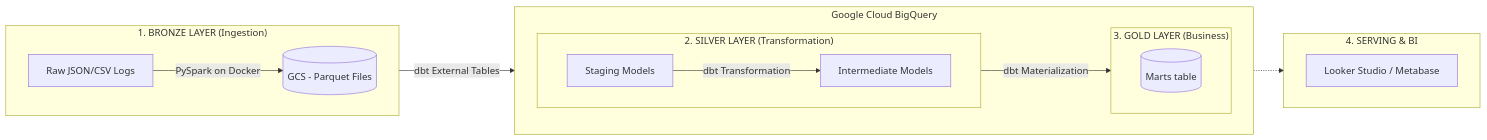
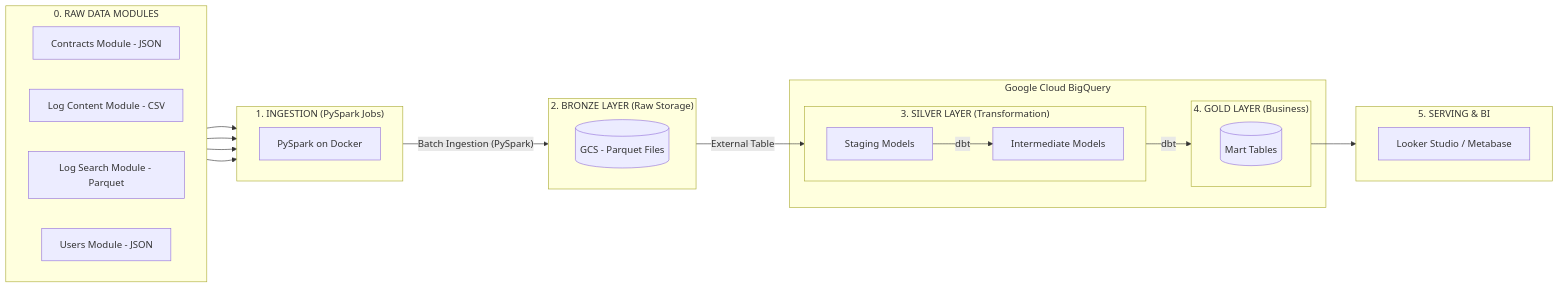
One commit to hoangf384/Bigdata changed the diagram in README.md. Above: the diagram before and after it, drawn with Mermaid. The commit also changed other lines of this file, not shown here.

````diff
--- a/README.md
+++ b/README.md
@@ -23,32 +36,64 @@
 ```mermaid
-graph LR 
+graph LR
 
-    subgraph Bronze ["1. BRONZE LAYER (Ingestion)"]
+    %% ================= CLASS DEFINITIONS =================
+    %% Định nghĩa màu sắc cho các class (bạn có thể tuỳ chỉnh mã màu)
+    %% classDef compute fill:#e1f5fe,stroke:#03a9f4,stroke-width:2px;
+    %% classDef storage fill:#fff3e0,stroke:#ff9800,stroke-width:2px;
+    %%classDef bi fill:#f3e5f5,stroke:#9c27b0,stroke-width:2px;
+
+    %% ================= RAW MODULES =================
+    subgraph RAW ["0. RAW DATA MODULES"]
         direction LR
-        A[Raw JSON/CSV Logs] -->|PySpark on Docker| B[(GCS - Parquet Files)]:::storage
+        A1[Contracts Module - JSON]
+        A2[Log Content Module - CSV]
+        A3[Log Search Module - Parquet]
+        A4[Users Module - JSON]
     end
 
+    %% ================= INGESTION =================
+    subgraph INGEST ["1. INGESTION (PySpark Jobs)"]
+        direction LR
+        P[PySpark on Docker]:::compute
+    end
+
+    %% ================= BRONZE =================
+    subgraph BRONZE ["2. BRONZE LAYER (Raw Storage)"]
+        direction LR
+        B[(GCS - Parquet Files)]:::storage
+    end
+
+    %% ================= BIGQUERY =================
     subgraph BQ ["Google Cloud BigQuery"]
-        direction LR
-        
-        subgraph Silver ["2. SILVER LAYER (Transformation)"]
+
+        subgraph SILVER ["3. SILVER LAYER (Transformation)"]
             direction LR
-            C[Staging Models]:::compute -->|dbt Transformation| D[Intermediate Models]:::compute
+            C[Staging Models]:::compute
+            D[Intermediate Models]:::compute
         end
 
-        subgraph Gold ["3. GOLD LAYER (Business)"]
+        subgraph GOLD ["4. GOLD LAYER (Business)"]
             direction LR
-            D -->|dbt Materialization| E[(Marts table)]:::storage
+            E[(Mart Tables)]:::storage
         end
     end
 
-    subgraph Serving ["4. SERVING & BI"]
+    %% ================= SERVING =================
+    subgraph SERVING ["5. SERVING & BI"]
         direction LR
         F[Looker Studio / Metabase]:::bi
     end
 
-    B -->|dbt External Tables| C
-    E -.-> F
+    %% ================= FLOW =================
+    %% Tập trung toàn bộ luồng chạy ở đây
+    A1 --> P
+    A2 --> P
+    A3 --> P
+    A4 --> P
 
-
+    P -->|"Batch Ingestion (PySpark)"| B
+    B -->|"External Table"| C
+    C -->|"dbt"| D
+    D -->|"dbt"| E
+    E --> F
 ```
````
